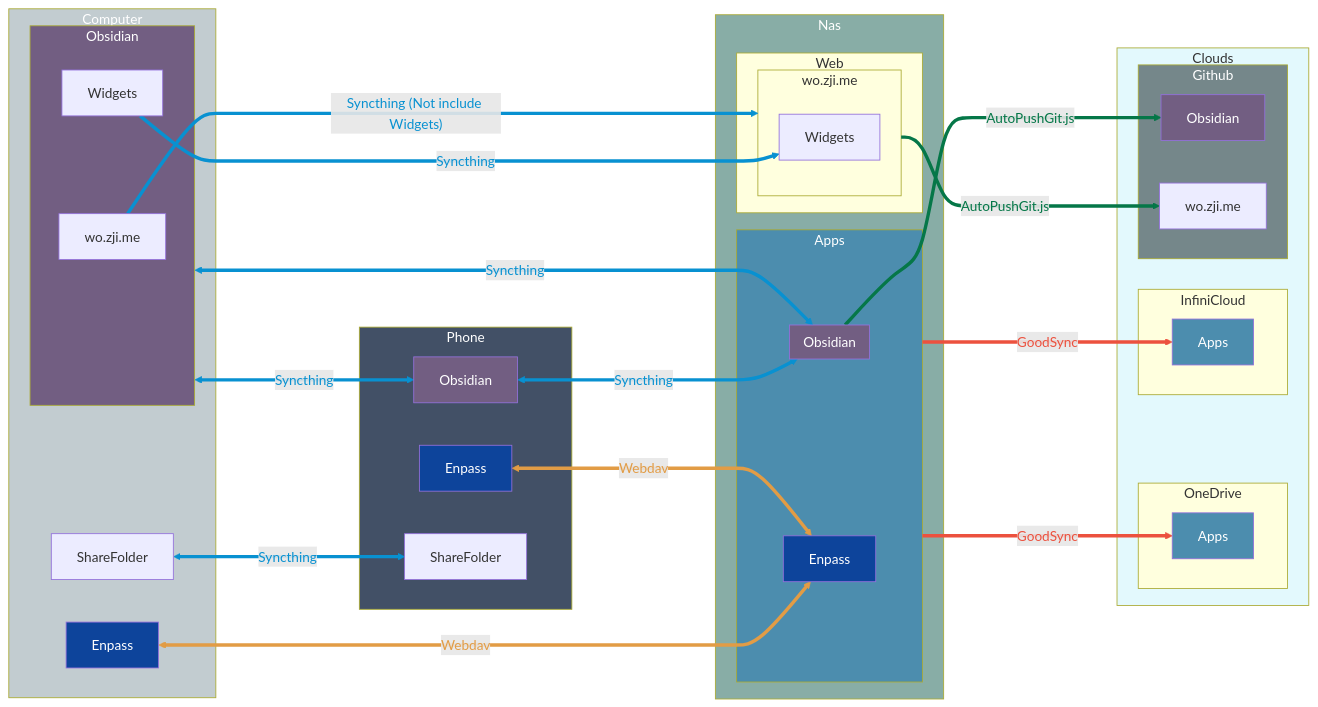
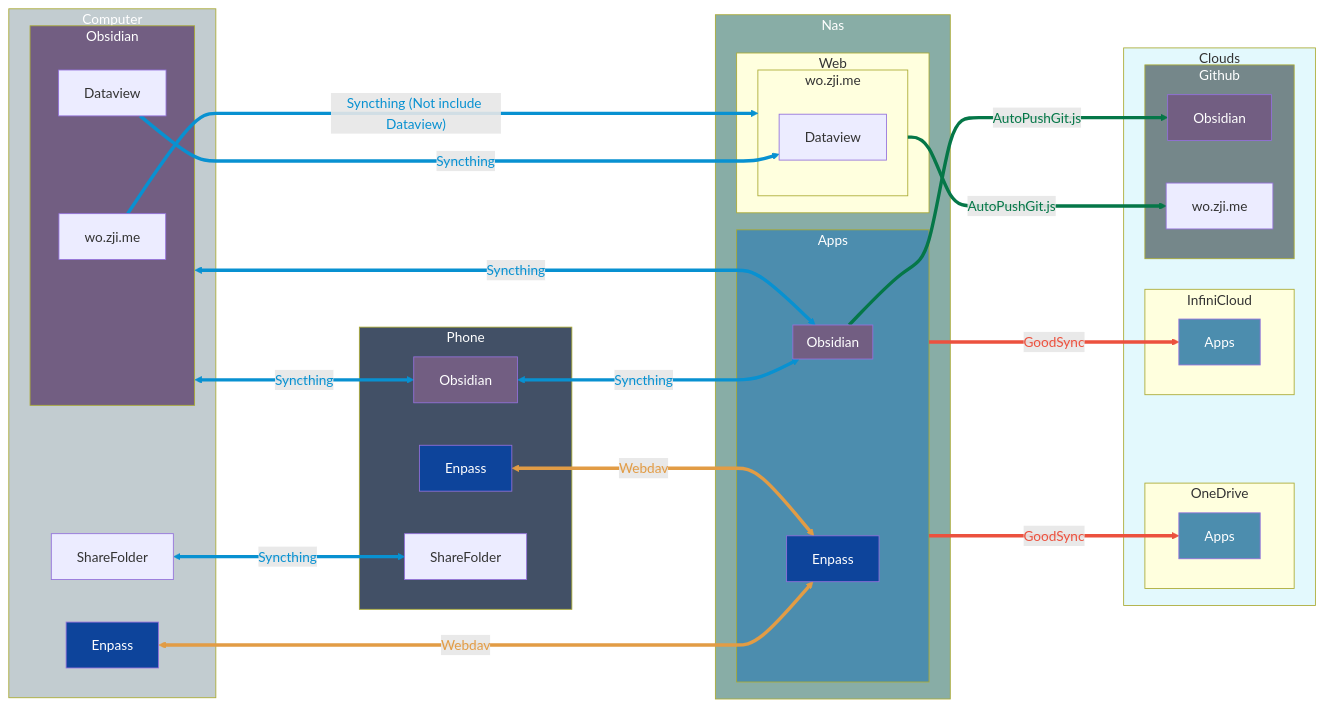
One commit to dmscode/wo.zji.me changed the diagram in Workflow/FileSync.md. Above: the diagram before and after it, drawn with Mermaid. The commit also changed other lines of this file and 1 other file, not shown here.

Commit message:
Auto commit 2023-09-20 00:00:34

```diff
--- a/Workflow/FileSync.md
+++ b/Workflow/FileSync.md
@@ -10,7 +10,7 @@
 subgraph NoteBook[Computer]
   subgraph NotObs[Obsidian]
     NotZJI[wo.zji.me]
-    NotWid[Widgets]
+    NotDV[Dataview]
   end
   NotShare[ShareFolder]
   NotEnpass[Enpass]
@@ -24,7 +24,7 @@
   end
   subgraph Web[Web]
     subgraph NasZJI[wo.zji.me]
-      NasWid[Widgets]
+      NasDV[Dataview]
     end
   end
 end
@@ -54,7 +54,7 @@
 
 NotShare <--->|Syncthing| PhoShare
 
-NotZJI --->|"Syncthing (Not include Widgets)"| NasZJI
+NotZJI --->|"Syncthing (Not include Dataview)"| NasZJI
 
 NasZJI --->|AutoPushGit.js| GitZJI
 NasObs --->|AutoPushGit.js| GitObs
@@ -65,7 +65,7 @@
 NasApps --->|GoodSync| OneApps
 NasApps --->|GoodSync| InfApps
 
-NotWid --->|Syncthing| NasWid
+NotDV --->|Syncthing| NasDV
 
 %% 节点样式
 style NoteBook fill:#c2ccd0,color:#FFF
```
